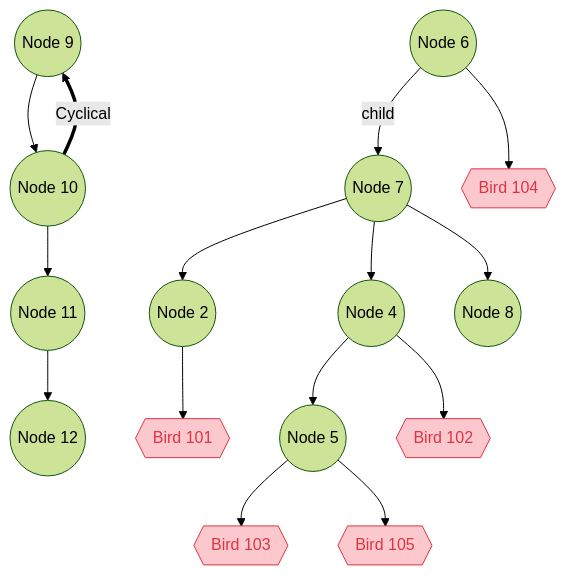
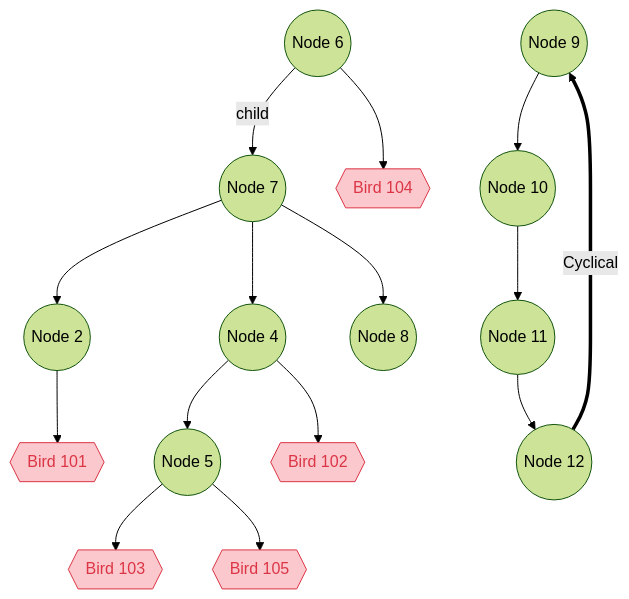
One commit to mst209/birds changed the diagram in README.md. Above: the diagram before and after it, drawn with Mermaid (forest theme). The commit also changed other lines of this file and 2 other files, not shown here.

````diff
--- a/README.md
+++ b/README.md
@@ -68,21 +69,22 @@
 ```mermaid
 flowchart TD
     classDef err color:#dc3545,stroke:#dc3545,fill:#fac8cd;
     classDef ok color:#35dc89,stroke:#35dc89,fill:#e8ffed;
     A((Node 6)) -- child --> B((Node 7))
     B((Node 7)) --> C((Node 2))
     B((Node 7)) --> D((Node 4))
     B((Node 7)) --> E((Node 8))
     D((Node 4)) --> F((Node 5))
 
     G((Node 9)) --> H((Node 10))
-    H((Node 10)) == Cyclical ==> G((Node 9))
     H((Node 10)) --> I((Node 11))
     I((Node 11)) --> J((Node 12))
+    J((Node 12)) == Cyclical ==> G((Node 9))
+
     
     C((Node 2)) --> Z{{Bird 101}}:::err
     D((Node 4)) --> Y{{Bird 102}}:::err
     F((Node 5)) --> X{{Bird 103}}:::err
     A((Node 6)) --> W{{Bird 104}}:::err
     F((Node 5)) --> V{{Bird 105}}:::err
 ```
````
